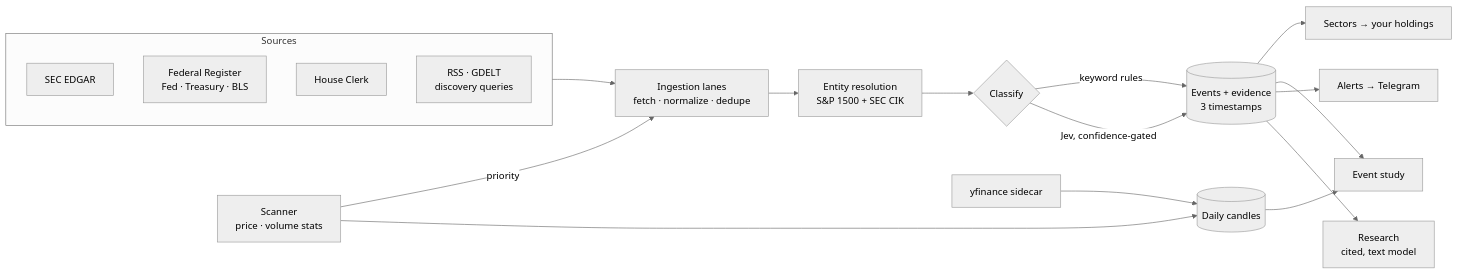
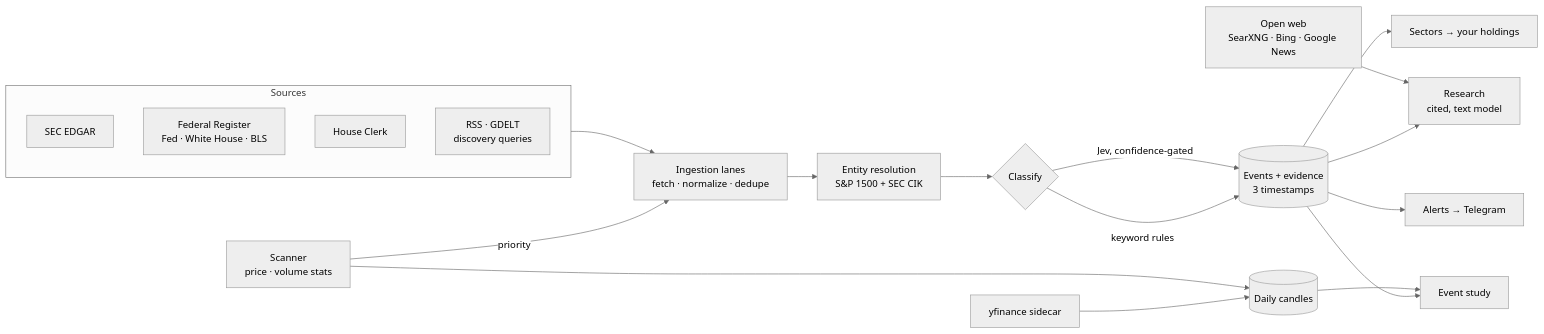
One commit to premalshah999/BELLWETHER changed the diagram in README.md. Above: the diagram before and after it, drawn with Mermaid (neutral theme). The commit also changed other lines of this file and 6 other files, not shown here.

````diff
--- a/README.md
+++ b/README.md
@@ -125,22 +131,24 @@
 ```mermaid
 flowchart LR
     subgraph Sources
         SEC[SEC EDGAR]
-        FR[Federal Register<br/>Fed · Treasury · BLS]
+        FR[Federal Register<br/>Fed · White House · BLS]
         HC[House Clerk]
         NEWS[RSS · GDELT<br/>discovery queries]
     end
+    WEB[Open web<br/>SearXNG · Bing · Google News]
     Sources --> ING[Ingestion lanes<br/>fetch · normalize · dedupe]
     ING --> RES[Entity resolution<br/>S&P 1500 + SEC CIK]
     RES --> CLS{Classify}
     CLS -->|keyword rules| EV[(Events + evidence<br/>3 timestamps)]
     CLS -->|Jev, confidence-gated| EV
     SCAN[Scanner<br/>price · volume stats] -->|priority| ING
     YF[yfinance sidecar] --> CAND[(Daily candles)]
     SCAN --> CAND
     EV --> SEC2[Sectors → your holdings]
     EV --> STUDY[Event study]
     CAND --> STUDY
     EV --> ALERT[Alerts → Telegram]
     EV --> RSCH[Research<br/>cited, text model]
+    WEB --> RSCH
 ```
````
